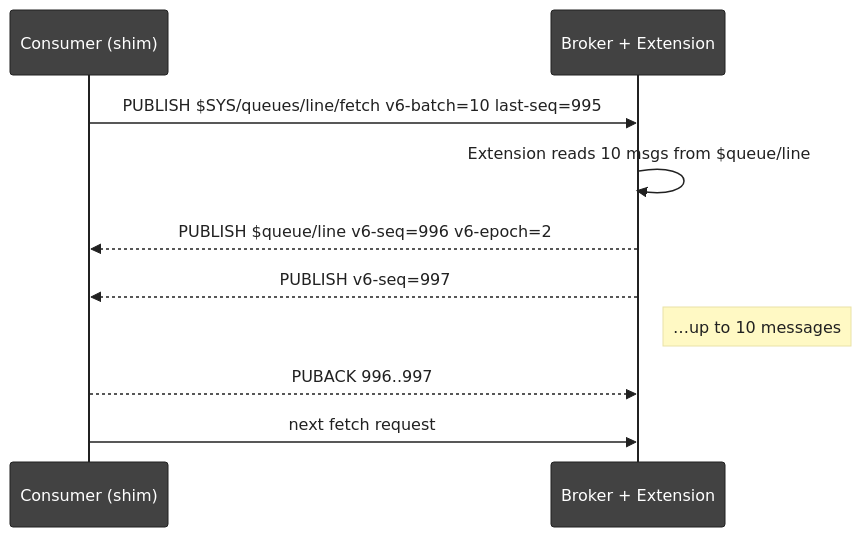
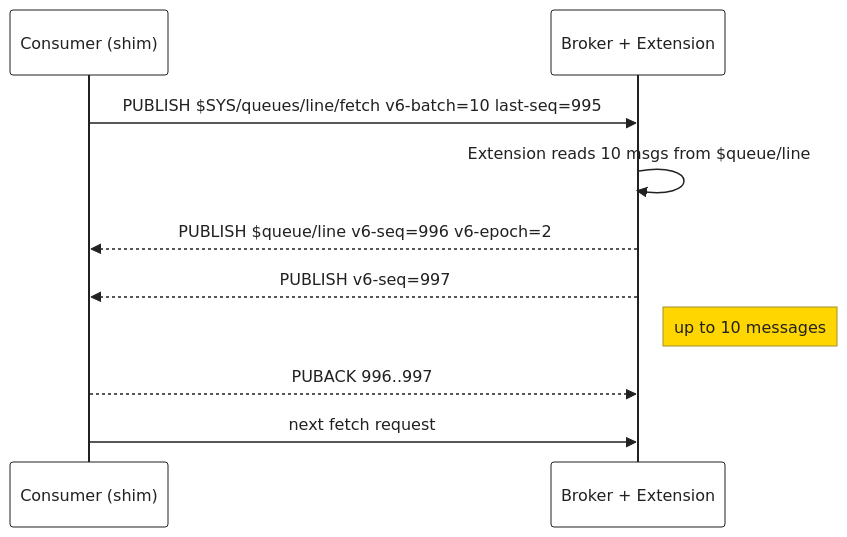
One commit to bsommers/mqtt-6.0-proposal changed the fourth of 8 diagrams in docs/diagrams/packet-flows.md. Above: the diagram before and after it, drawn with Mermaid. The commit also changed other lines of this file and 2 other files, not shown here.

First line of the commit message:
Clean up diagram colors and fix \n rendering in Mermaid

````diff
--- a/docs/diagrams/packet-flows.md
+++ b/docs/diagrams/packet-flows.md
@@ -75,14 +75,14 @@
 ```mermaid
-%%{init:{'theme':'base','themeVariables':{'primaryColor':'#FFD600','primaryTextColor':'#212121','primaryBorderColor':'#212121','lineColor':'#212121','actorBkg':'#424242','actorBorder':'#212121','actorTextColor':'#FFFFFF','noteBkgColor':'#FFF9C4','noteTextColor':'#212121','activationBkgColor':'#FFF9C4','signalColor':'#212121','signalTextColor':'#212121'}}}%%
+%%{init:{'theme':'base','themeVariables':{'primaryColor':'#FFFFFF','primaryTextColor':'#212121','primaryBorderColor':'#212121','lineColor':'#212121','actorBkg':'#FFFFFF','actorBorder':'#212121','actorTextColor':'#212121','noteBkgColor':'#FFD600','noteTextColor':'#212121','activationBkgColor':'#F5F5F5','signalColor':'#212121','signalTextColor':'#212121'}}}%%
 sequenceDiagram
     participant C as Consumer (shim)
     participant B as Broker + Extension
 
     C->>B: PUBLISH $SYS/queues/line/fetch v6-batch=10 last-seq=995
     B->>B: Extension reads 10 msgs from $queue/line
     B-->>C: PUBLISH $queue/line v6-seq=996 v6-epoch=2
     B-->>C: PUBLISH v6-seq=997
-    Note right of B: …up to 10 messages
+    Note right of B: up to 10 messages
     C-->>B: PUBACK 996..997
     C->>B: next fetch request
 ```
````
